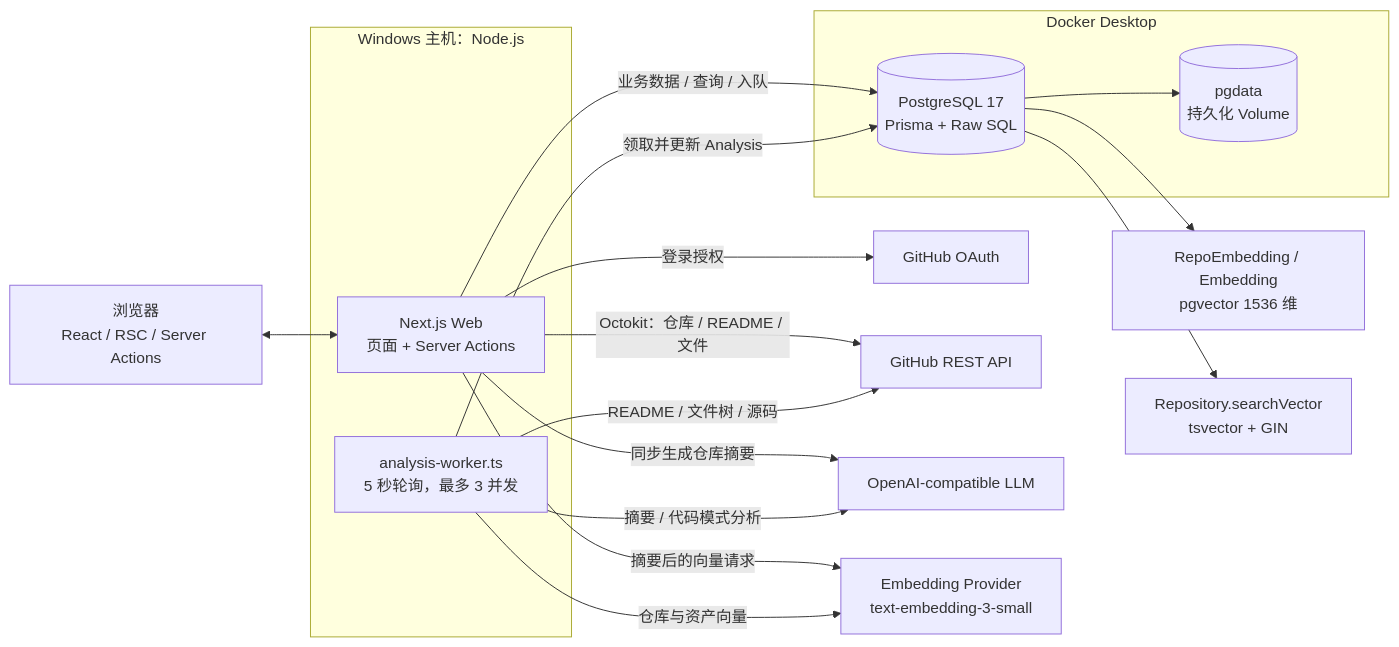
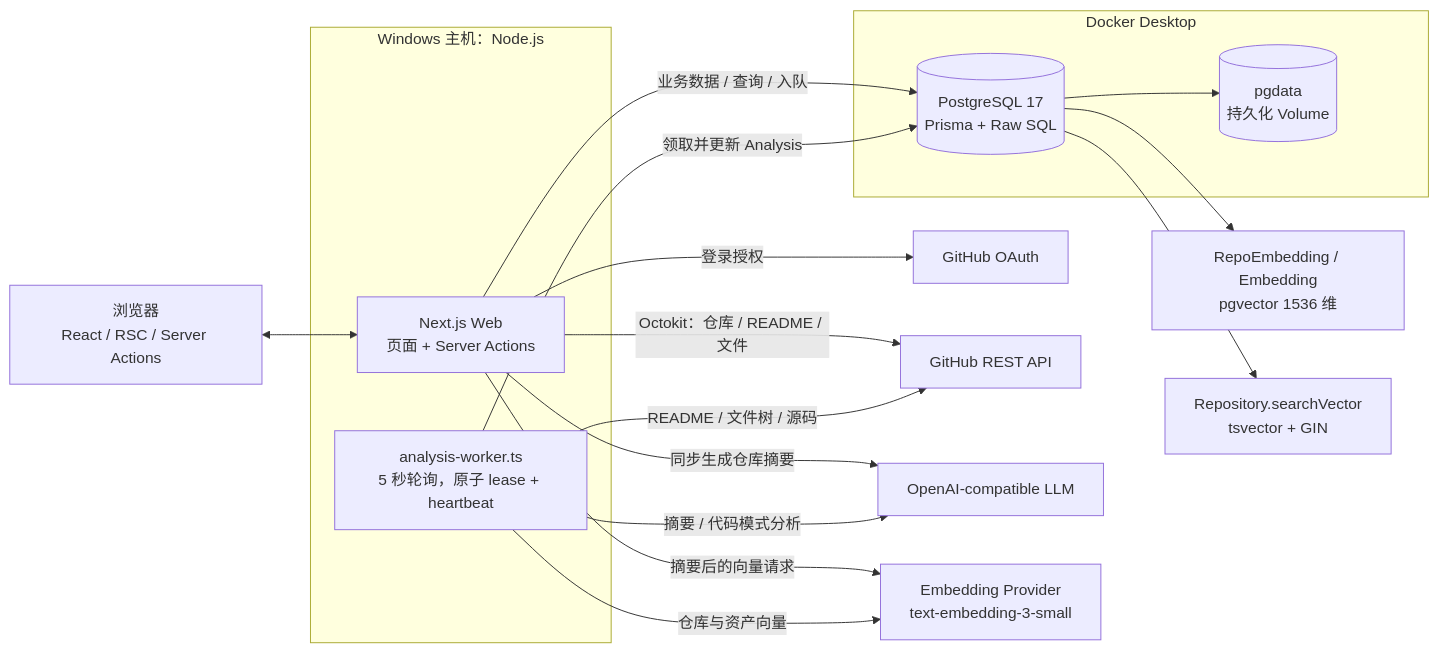
The first of 4 diagrams in docs/PROJECT_MAINTENANCE_GUIDE.md (zhongli369/github-knowledge-hub), drawn with Mermaid before and after one commit. The commit also changed other lines of this file and 3 other files, not shown here.

````diff
--- a/docs/PROJECT_MAINTENANCE_GUIDE.md
+++ b/docs/PROJECT_MAINTENANCE_GUIDE.md
@@ -122,33 +148,33 @@
 ```mermaid
 flowchart LR
     Browser["浏览器<br/>React / RSC / Server Actions"]
 
     subgraph NodeHost["Windows 主机：Node.js"]
         Web["Next.js Web<br/>页面 + Server Actions"]
-        Worker["analysis-worker.ts<br/>5 秒轮询，最多 3 并发"]
+        Worker["analysis-worker.ts<br/>5 秒轮询，原子 lease + heartbeat"]
     end
 
     subgraph Docker["Docker Desktop"]
         DB[("PostgreSQL 17<br/>Prisma + Raw SQL")]
         Volume[("pgdata<br/>持久化 Volume")]
         DB --> Volume
     end
 
     OAuth["GitHub OAuth"]
     GitHub["GitHub REST API"]
     LLM["OpenAI-compatible LLM"]
     Embedding["Embedding Provider<br/>text-embedding-3-small"]
 
     Browser <--> Web
     Web -->|"登录授权"| OAuth
     Web -->|"Octokit：仓库 / README / 文件"| GitHub
     Web -->|"同步生成仓库摘要"| LLM
     Web -->|"业务数据 / 查询 / 入队"| DB
     Web -->|"摘要后的向量请求"| Embedding
     Worker -->|"领取并更新 Analysis"| DB
     Worker -->|"README / 文件树 / 源码"| GitHub
     Worker -->|"摘要 / 代码模式分析"| LLM
     Worker -->|"仓库与资产向量"| Embedding
     DB --> Vector["RepoEmbedding / Embedding<br/>pgvector 1536 维"]
     DB --> FullText["Repository.searchVector<br/>tsvector + GIN"]
 ```
````
